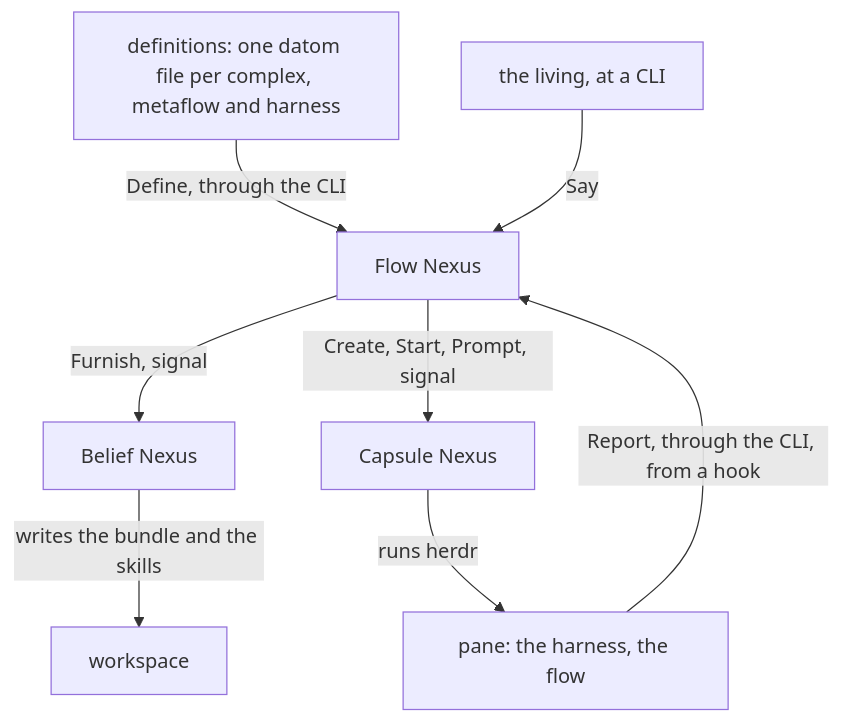
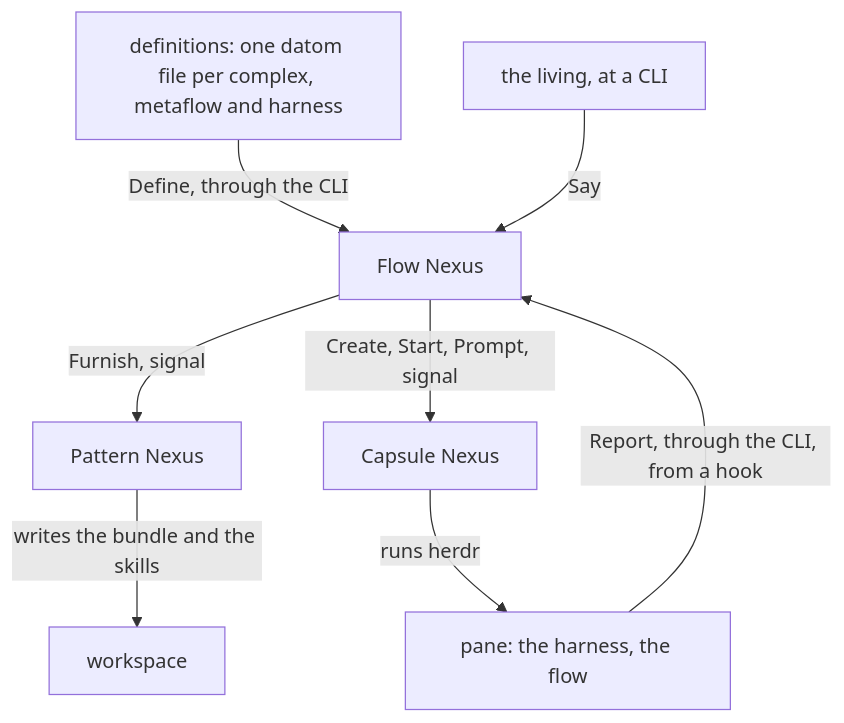
Before and after one commit to LiGoldragon/psyche-belief: the third of 3 diagrams in vision/complex/1.md, drawn with Mermaid. The commit also changed other lines of this file and 6 other files, not shown here.

First line of the commit message:
belief becomes pattern, in prose (the living's word)

````diff
--- a/vision/complex/1.md
+++ b/vision/complex/1.md
@@ -88,10 +88,10 @@
 ```mermaid
 flowchart TB
     d["definitions: one datom file per complex, metaflow and harness"] -- "Define, through the CLI" --> f["Flow Nexus"]
-    f -- "Furnish, signal" --> b["Belief Nexus"]
+    f -- "Furnish, signal" --> b["Pattern Nexus"]
     f -- "Create, Start, Prompt, signal" --> h["Capsule Nexus"]
     b -- "writes the bundle and the skills" --> w["workspace"]
     h -- "runs herdr" --> p["pane: the harness, the flow"]
     p -- "Report, through the CLI, from a hook" --> f
     l["the living, at a CLI"] -- "Say" --> f
 ```
````
